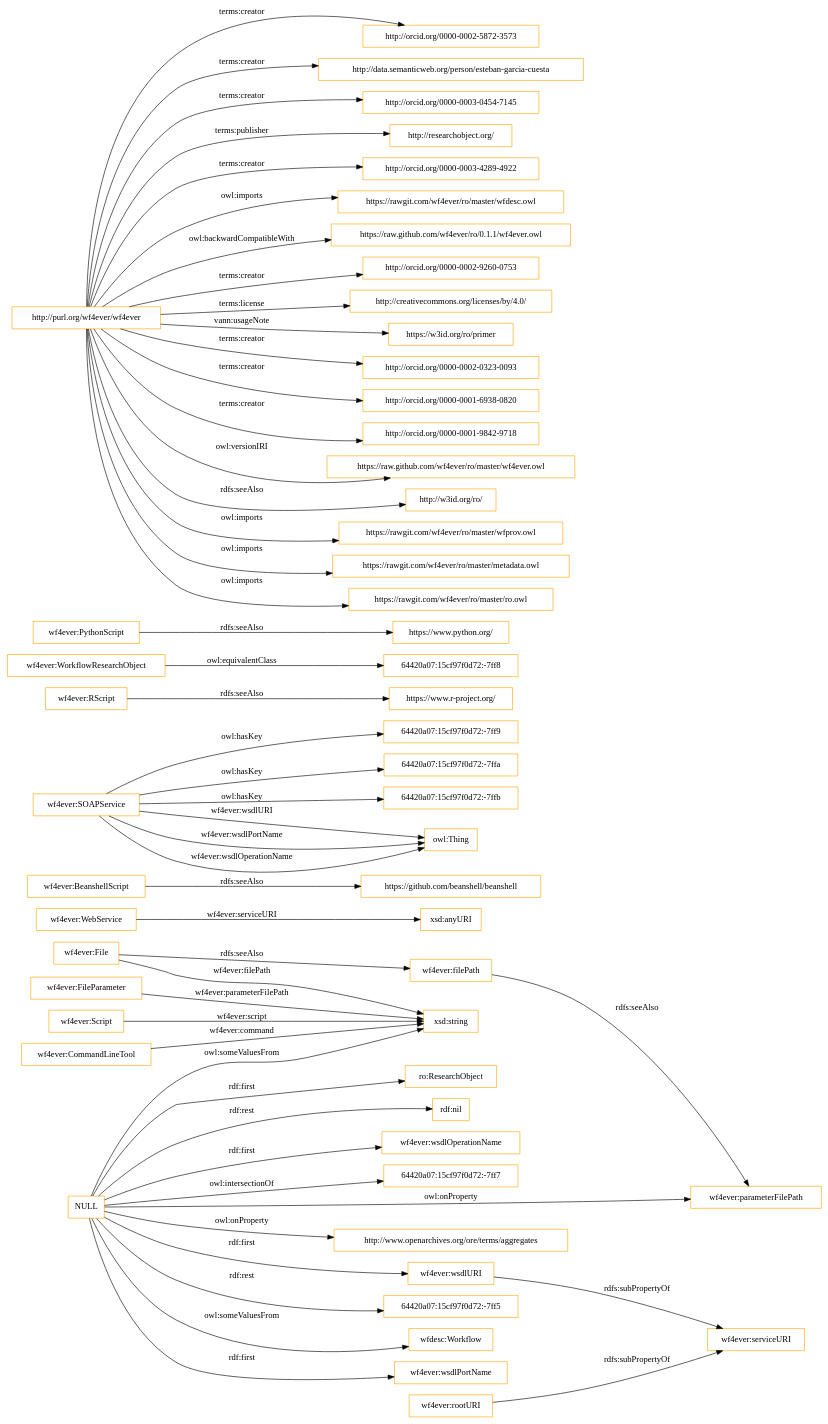
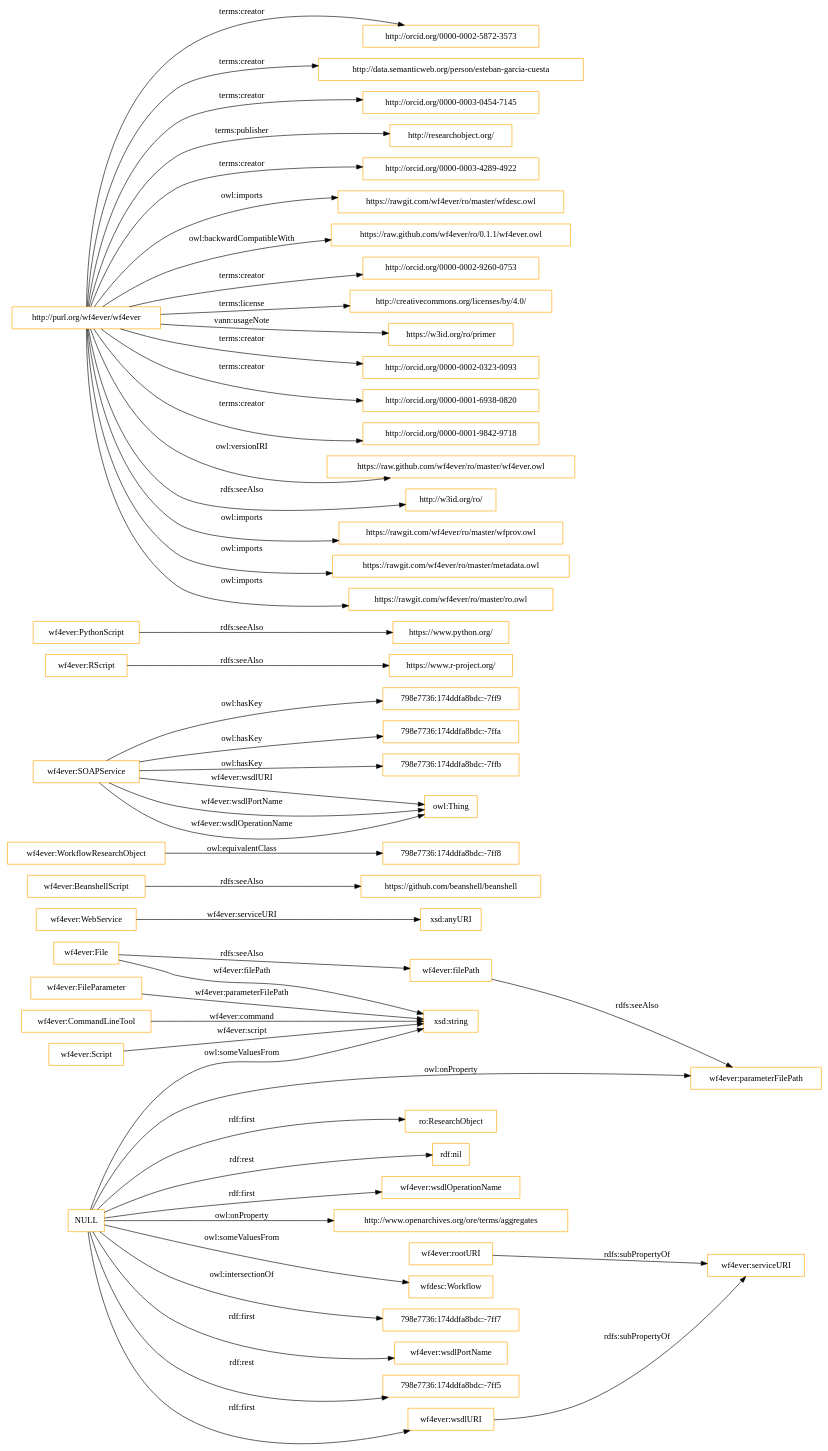
Before and after one commit to ahmad88me/ro: the diagram in OnToology/wf4ever.owl/diagrams/ar2dtool-class/wf4ever.owl.png.dot, drawn with Graphviz. The commit also changed 231 other files, not shown here.

```diff
--- a/OnToology/wf4ever.owl/diagrams/ar2dtool-class/wf4ever.owl.png.dot
+++ b/OnToology/wf4ever.owl/diagrams/ar2dtool-class/wf4ever.owl.png.dot
@@ -1,54 +1,54 @@
 digraph ar2dtool_diagram { 
 rankdir=LR;
 size="1501"
-node [shape = rectangle, color="orange"]; "wf4ever:FileParameter" "wf4ever:WebService" "wf4ever:File" "wf4ever:Script" "wf4ever:BeanshellScript" "wf4ever:CommandLineTool" "wf4ever:SOAPService" "wf4ever:RScript" "64420a07:15cf97f0d72:-7ff8" "wf4ever:PythonScript" "wf4ever:WorkflowResearchObject" ; /*classes style*/
+node [shape = rectangle, color="orange"]; "wf4ever:FileParameter" "wf4ever:WebService" "wf4ever:File" "wf4ever:Script" "wf4ever:BeanshellScript" "wf4ever:CommandLineTool" "798e7736:174ddfa8bdc:-7ff8" "wf4ever:SOAPService" "wf4ever:RScript" "wf4ever:PythonScript" "wf4ever:WorkflowResearchObject" ; /*classes style*/
 	"wf4ever:RScript" -> "https://www.r-project.org/" [ label = "rdfs:seeAlso" ];
 	"wf4ever:BeanshellScript" -> "https://github.com/beanshell/beanshell" [ label = "rdfs:seeAlso" ];
 	"wf4ever:rootURI" -> "wf4ever:serviceURI" [ label = "rdfs:subPropertyOf" ];
-	"wf4ever:WorkflowResearchObject" -> "64420a07:15cf97f0d72:-7ff8" [ label = "owl:equivalentClass" ];
+	"wf4ever:WorkflowResearchObject" -> "798e7736:174ddfa8bdc:-7ff8" [ label = "owl:equivalentClass" ];
 	"wf4ever:filePath" -> "wf4ever:parameterFilePath" [ label = "rdfs:seeAlso" ];
 	"wf4ever:File" -> "wf4ever:filePath" [ label = "rdfs:seeAlso" ];
 	"wf4ever:PythonScript" -> "https://www.python.org/" [ label = "rdfs:seeAlso" ];
 	"http://purl.org/wf4ever/wf4ever" -> "http://orcid.org/0000-0002-5872-3573" [ label = "terms:creator" ];
 	"http://purl.org/wf4ever/wf4ever" -> "http://data.semanticweb.org/person/esteban-garcia-cuesta" [ label = "terms:creator" ];
 	"http://purl.org/wf4ever/wf4ever" -> "http://orcid.org/0000-0003-0454-7145" [ label = "terms:creator" ];
 	"http://purl.org/wf4ever/wf4ever" -> "http://researchobject.org/" [ label = "terms:publisher" ];
 	"http://purl.org/wf4ever/wf4ever" -> "http://orcid.org/0000-0003-4289-4922" [ label = "terms:creator" ];
 	"http://purl.org/wf4ever/wf4ever" -> "https://rawgit.com/wf4ever/ro/master/wfdesc.owl" [ label = "owl:imports" ];
 	"http://purl.org/wf4ever/wf4ever" -> "https://raw.github.com/wf4ever/ro/0.1.1/wf4ever.owl" [ label = "owl:backwardCompatibleWith" ];
 	"http://purl.org/wf4ever/wf4ever" -> "http://orcid.org/0000-0002-9260-0753" [ label = "terms:creator" ];
 	"http://purl.org/wf4ever/wf4ever" -> "http://creativecommons.org/licenses/by/4.0/" [ label = "terms:license" ];
 	"http://purl.org/wf4ever/wf4ever" -> "https://w3id.org/ro/primer" [ label = "vann:usageNote" ];
 	"http://purl.org/wf4ever/wf4ever" -> "http://orcid.org/0000-0002-0323-0093" [ label = "terms:creator" ];
 	"http://purl.org/wf4ever/wf4ever" -> "http://orcid.org/0000-0001-6938-0820" [ label = "terms:creator" ];
 	"http://purl.org/wf4ever/wf4ever" -> "http://orcid.org/0000-0001-9842-9718" [ label = "terms:creator" ];
 	"http://purl.org/wf4ever/wf4ever" -> "https://raw.github.com/wf4ever/ro/master/wf4ever.owl" [ label = "owl:versionIRI" ];
 	"http://purl.org/wf4ever/wf4ever" -> "http://w3id.org/ro/" [ label = "rdfs:seeAlso" ];
 	"http://purl.org/wf4ever/wf4ever" -> "https://rawgit.com/wf4ever/ro/master/wfprov.owl" [ label = "owl:imports" ];
 	"http://purl.org/wf4ever/wf4ever" -> "https://rawgit.com/wf4ever/ro/master/metadata.owl" [ label = "owl:imports" ];
 	"http://purl.org/wf4ever/wf4ever" -> "https://rawgit.com/wf4ever/ro/master/ro.owl" [ label = "owl:imports" ];
 	"NULL" -> "xsd:string" [ label = "owl:someValuesFrom" ];
-	"NULL" -> "64420a07:15cf97f0d72:-7ff5" [ label = "rdf:rest" ];
 	"NULL" -> "wfdesc:Workflow" [ label = "owl:someValuesFrom" ];
+	"NULL" -> "798e7736:174ddfa8bdc:-7ff7" [ label = "owl:intersectionOf" ];
 	"NULL" -> "wf4ever:wsdlPortName" [ label = "rdf:first" ];
+	"NULL" -> "798e7736:174ddfa8bdc:-7ff5" [ label = "rdf:rest" ];
 	"NULL" -> "wf4ever:wsdlURI" [ label = "rdf:first" ];
 	"NULL" -> "ro:ResearchObject" [ label = "rdf:first" ];
 	"NULL" -> "rdf:nil" [ label = "rdf:rest" ];
 	"NULL" -> "wf4ever:wsdlOperationName" [ label = "rdf:first" ];
-	"NULL" -> "64420a07:15cf97f0d72:-7ff7" [ label = "owl:intersectionOf" ];
 	"NULL" -> "http://www.openarchives.org/ore/terms/aggregates" [ label = "owl:onProperty" ];
 	"NULL" -> "wf4ever:parameterFilePath" [ label = "owl:onProperty" ];
-	"wf4ever:SOAPService" -> "64420a07:15cf97f0d72:-7ff9" [ label = "owl:hasKey" ];
-	"wf4ever:SOAPService" -> "64420a07:15cf97f0d72:-7ffa" [ label = "owl:hasKey" ];
-	"wf4ever:SOAPService" -> "64420a07:15cf97f0d72:-7ffb" [ label = "owl:hasKey" ];
+	"wf4ever:SOAPService" -> "798e7736:174ddfa8bdc:-7ff9" [ label = "owl:hasKey" ];
+	"wf4ever:SOAPService" -> "798e7736:174ddfa8bdc:-7ffa" [ label = "owl:hasKey" ];
+	"wf4ever:SOAPService" -> "798e7736:174ddfa8bdc:-7ffb" [ label = "owl:hasKey" ];
 	"wf4ever:wsdlURI" -> "wf4ever:serviceURI" [ label = "rdfs:subPropertyOf" ];
 	"wf4ever:SOAPService" -> "owl:Thing" [ label = "wf4ever:wsdlURI" ];
 	"wf4ever:Script" -> "xsd:string" [ label = "wf4ever:script" ];
 	"wf4ever:CommandLineTool" -> "xsd:string" [ label = "wf4ever:command" ];
 	"wf4ever:SOAPService" -> "owl:Thing" [ label = "wf4ever:wsdlPortName" ];
 	"wf4ever:File" -> "xsd:string" [ label = "wf4ever:filePath" ];
 	"wf4ever:FileParameter" -> "xsd:string" [ label = "wf4ever:parameterFilePath" ];
 	"wf4ever:SOAPService" -> "owl:Thing" [ label = "wf4ever:wsdlOperationName" ];
 	"wf4ever:WebService" -> "xsd:anyURI" [ label = "wf4ever:serviceURI" ];
 
 }
```
